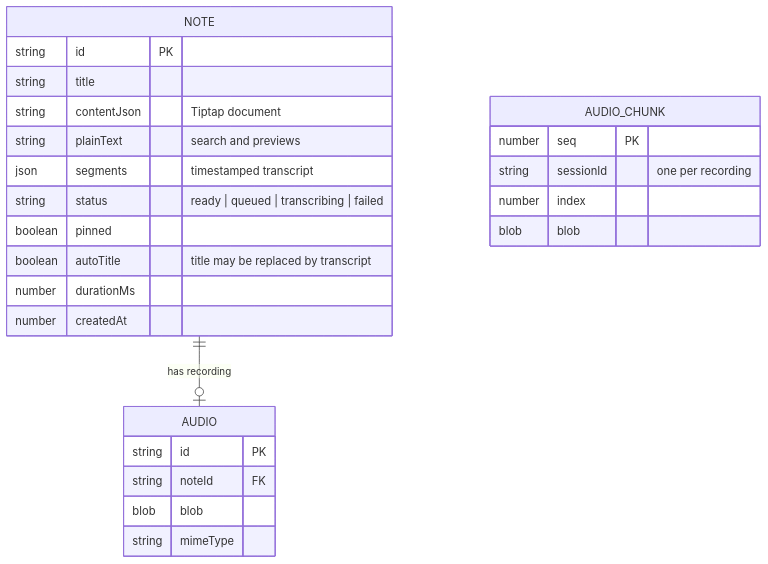
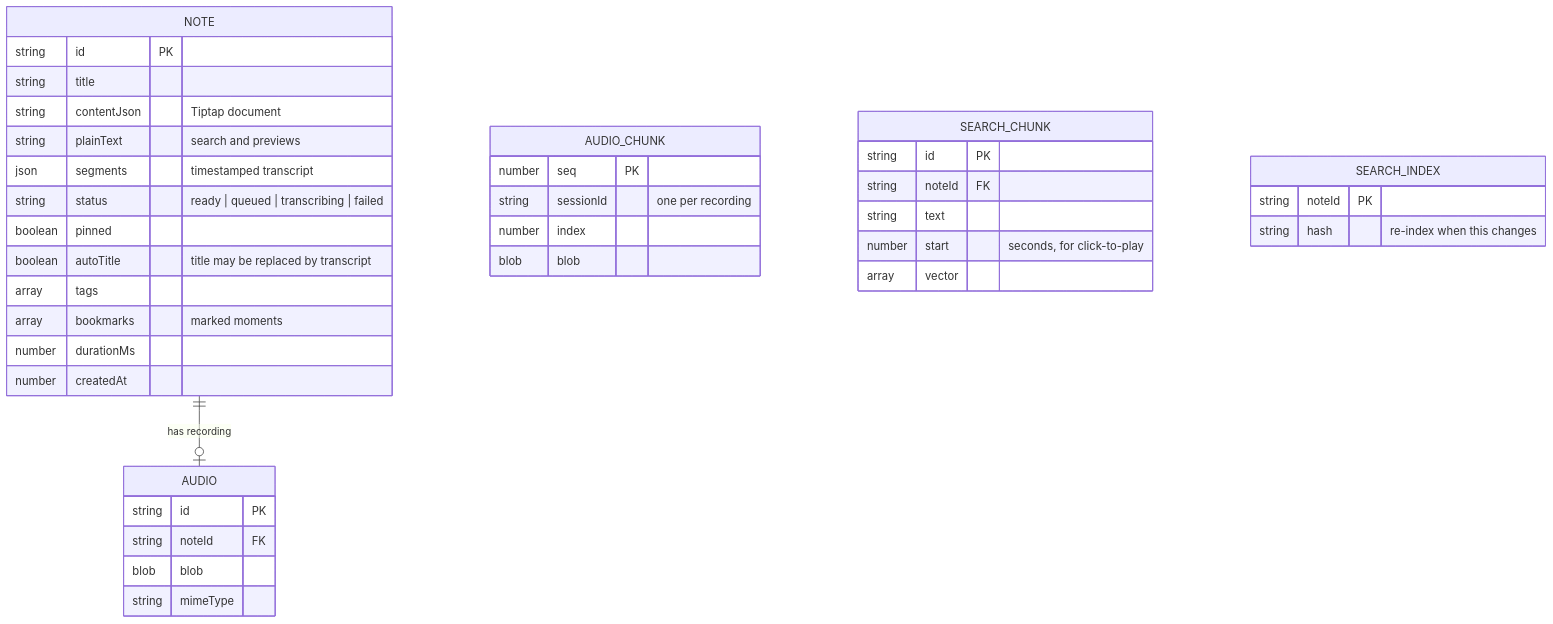
Before and after one commit to hardikverma22/voice-notes: the second of 2 diagrams in README.md, drawn with Mermaid. The commit also changed other lines of this file and 2 other files, not shown here.

````diff
--- a/README.md
+++ b/README.md
@@ -241,28 +264,41 @@
 ```mermaid
 erDiagram
   NOTE ||--o| AUDIO : "has recording"
   NOTE {
     string id PK
     string title
     string contentJson "Tiptap document"
     string plainText "search and previews"
     json segments "timestamped transcript"
     string status "ready | queued | transcribing | failed"
     boolean pinned
     boolean autoTitle "title may be replaced by transcript"
+    array tags
+    array bookmarks "marked moments"
     number durationMs
     number createdAt
   }
   AUDIO {
     string id PK
     string noteId FK
     blob blob
     string mimeType
   }
   AUDIO_CHUNK {
     number seq PK
     string sessionId "one per recording"
     number index
     blob blob
   }
+  SEARCH_CHUNK {
+    string id PK
+    string noteId FK
+    string text
+    number start "seconds, for click-to-play"
+    array vector
+  }
+  SEARCH_INDEX {
+    string noteId PK
+    string hash "re-index when this changes"
+  }
 ```
````
